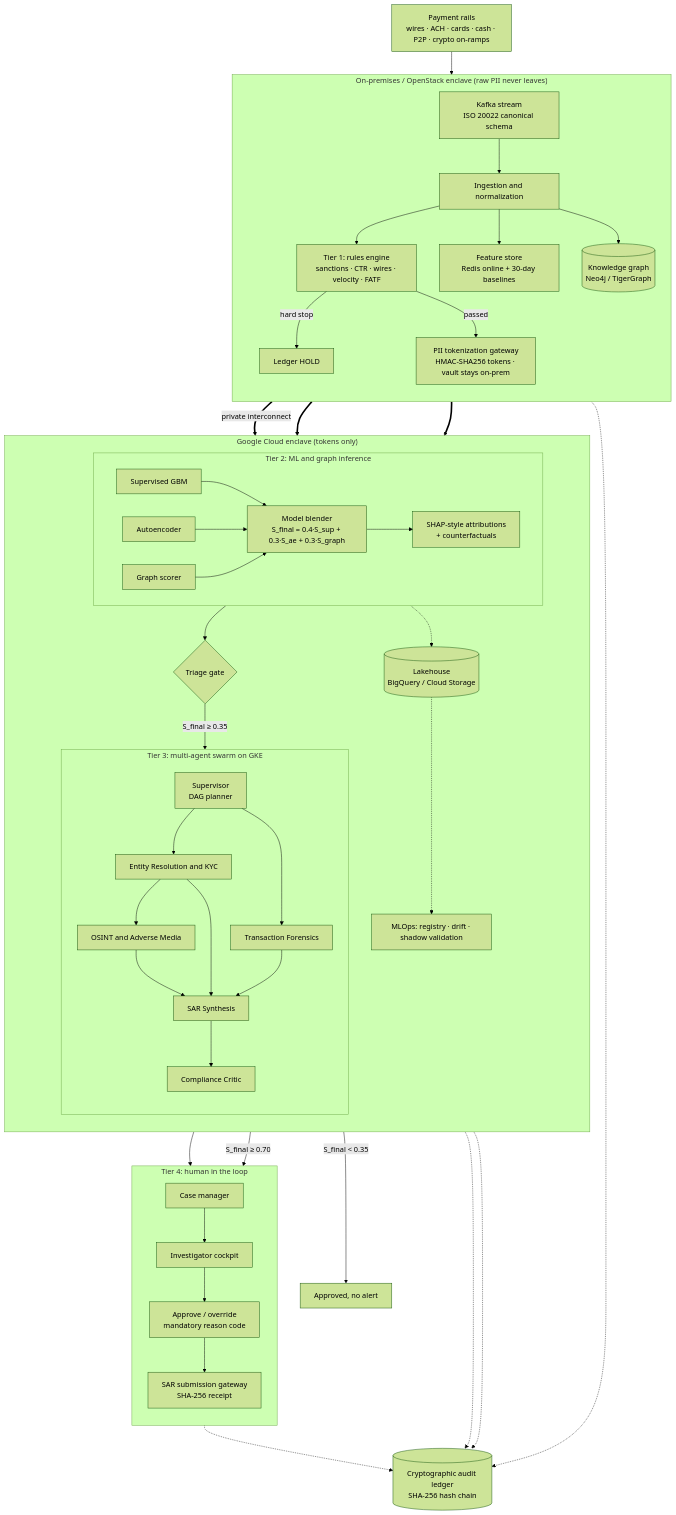
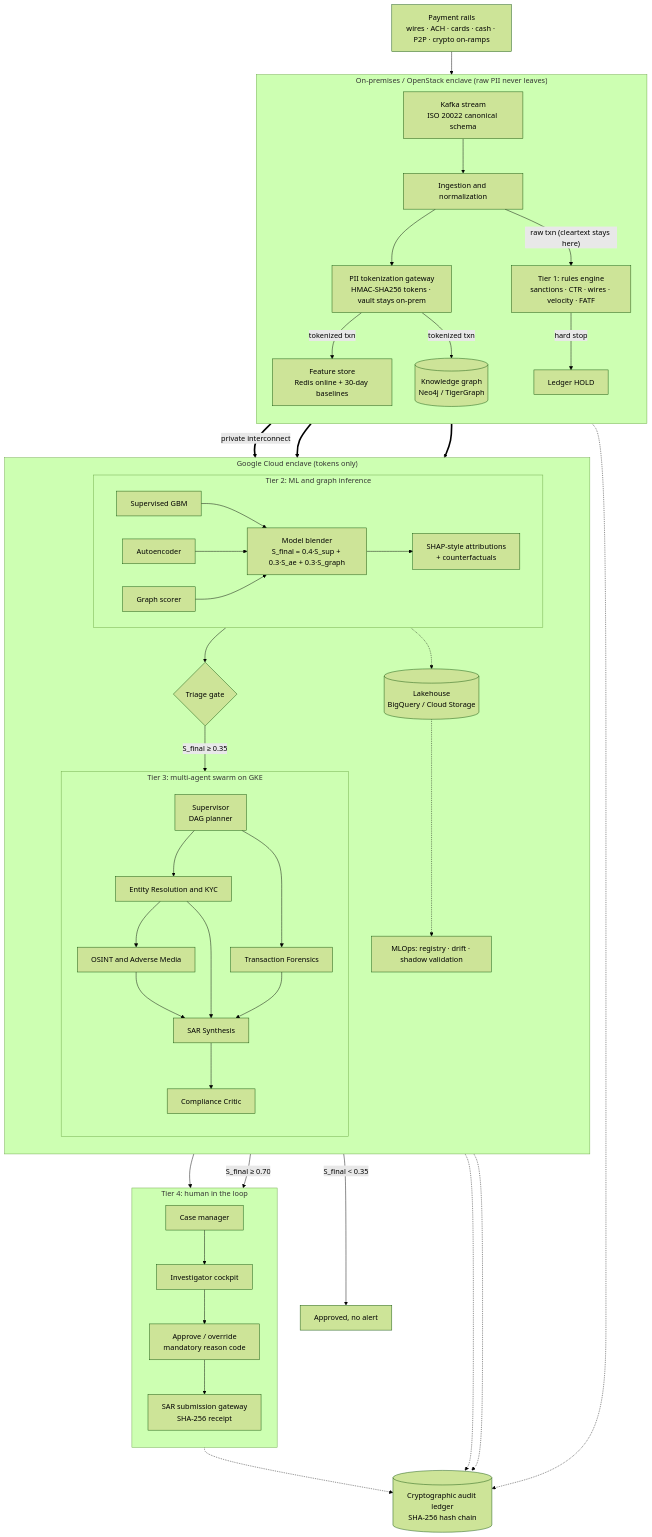
Before and after one commit to sadiqgpasha89/Anti-Money-Laundering: the first of 4 diagrams in aml-diagrams.md, drawn with Mermaid (forest theme). The commit also changed other lines of this file, not shown here.

Commit message:
Update AML diagrams for tokenize-first pipeline and fix sequence syntax
The architecture and sequence diagrams now show tokenization before the
graph and feature store, and token resolution in the on-prem agent tools.
Remove a semicolon from a sequence message that broke Mermaid parsing.

```diff
--- a/aml-diagrams.md
+++ b/aml-diagrams.md
@@ -18,11 +18,11 @@
         TOK["PII tokenization gateway<br/>HMAC-SHA256 tokens · vault stays on-prem"]
         HOLD["Ledger HOLD"]
         KAFKA --> ING
-        ING --> T1
-        ING --> FS
-        ING --> KG
+        ING -- "raw txn (cleartext stays here)" --> T1
+        ING --> TOK
+        TOK -- "tokenized txn" --> FS
+        TOK -- "tokenized txn" --> KG
         T1 -- "hard stop" --> HOLD
-        T1 -- "passed" --> TOK
     end
 
     subgraph GCP["Google Cloud enclave (tokens only)"]
```
